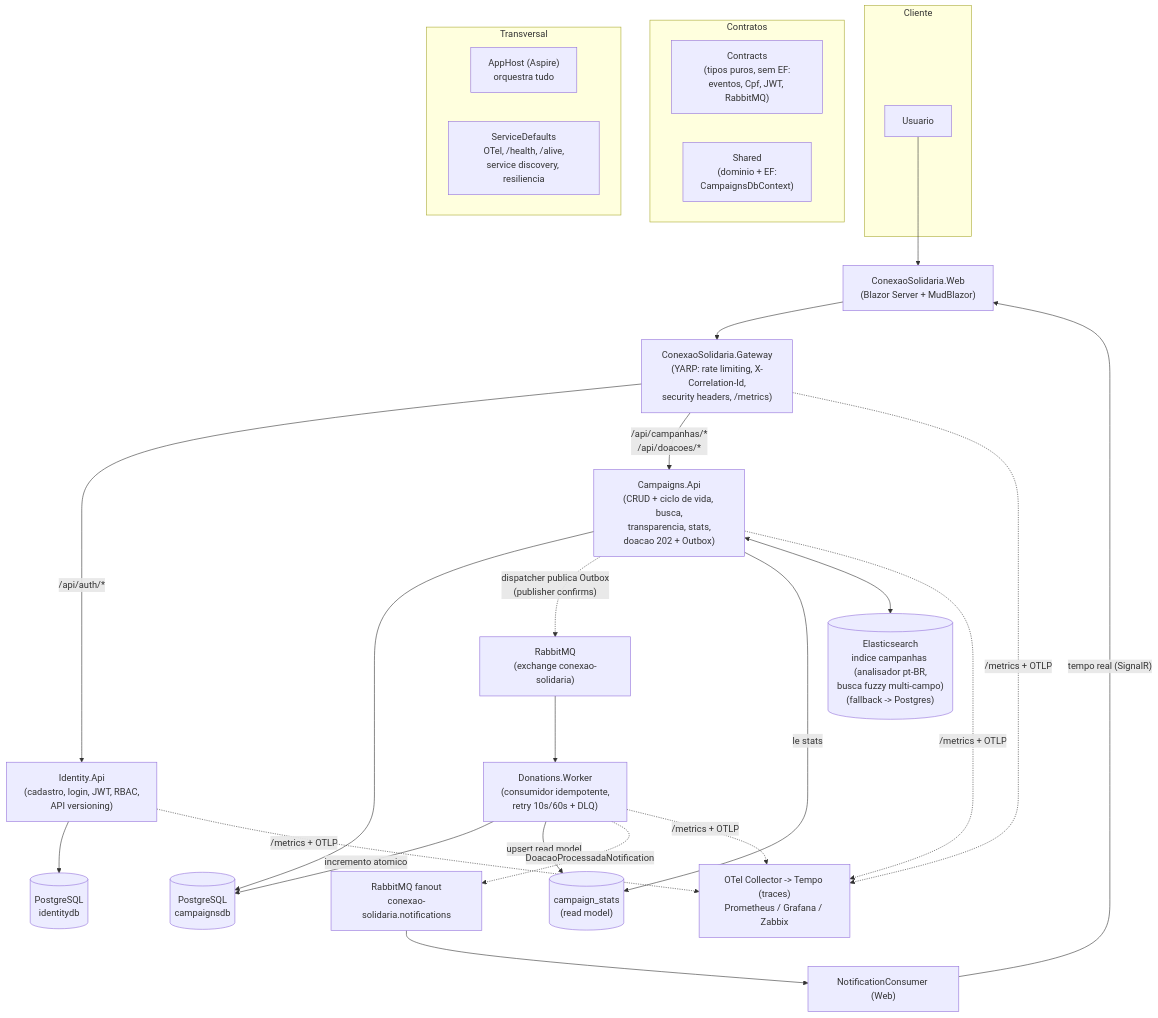
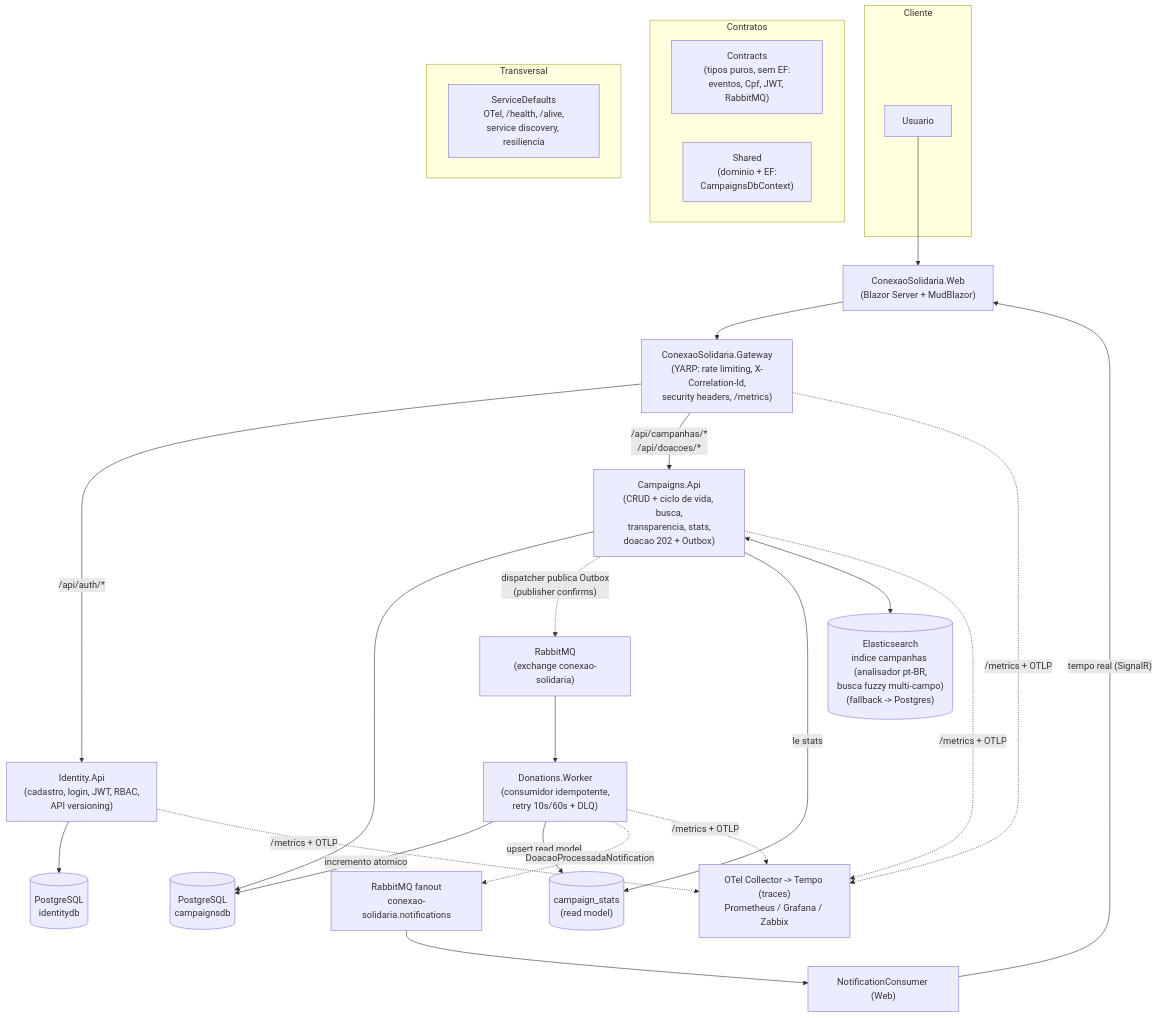
Before and after one commit to fenixdevsreborn/Fase5-POC-Hackathon: the diagram in docs/arquitetura.md, drawn with Mermaid. The commit also changed other lines of this file and 21 other files, not shown here.

First line of the commit message:
Refactor observability documentation and architectural decisions

````diff
--- a/docs/arquitetura.md
+++ b/docs/arquitetura.md
@@ -7,41 +7,40 @@
 ```mermaid
 flowchart TB
     subgraph Cliente
         U["Usuario"]
     end
 
     U --> WEB["ConexaoSolidaria.Web<br/>(Blazor Server + MudBlazor)"]
     WEB --> GW["ConexaoSolidaria.Gateway<br/>(YARP: rate limiting, X-Correlation-Id,<br/>security headers, /metrics)"]
 
     GW -->|"/api/auth/*"| ID["Identity.Api<br/>(cadastro, login, JWT, RBAC,<br/>API versioning)"]
     GW -->|"/api/campanhas/*<br/>/api/doacoes/*"| CAMP["Campaigns.Api<br/>(CRUD + ciclo de vida, busca,<br/>transparencia, stats,<br/>doacao 202 + Outbox)"]
 
     ID --> IDB[("PostgreSQL<br/>identitydb")]
     CAMP --> CDB[("PostgreSQL<br/>campaignsdb")]
 
     CAMP -. "dispatcher publica Outbox<br/>(publisher confirms)" .-> MQ["RabbitMQ<br/>(exchange conexao-solidaria)"]
     MQ --> W["Donations.Worker<br/>(consumidor idempotente,<br/>retry 10s/60s + DLQ)"]
     W -->|"incremento atomico"| CDB
     W -->|"upsert read model"| RM[("campaign_stats<br/>(read model)")]
     W -. "DoacaoProcessadaNotification" .-> NX["RabbitMQ fanout<br/>conexao-solidaria.notifications"]
     NX --> NC["NotificationConsumer (Web)"]
     NC -->|"tempo real (SignalR)"| WEB
     CAMP -->|"le stats"| RM
 
     CAMP <--> ES[("Elasticsearch<br/>indice campanhas (analisador pt-BR,<br/>busca fuzzy multi-campo)<br/>(fallback -> Postgres)")]
 
     subgraph Contratos
         CT["Contracts<br/>(tipos puros, sem EF:<br/>eventos, Cpf, JWT, RabbitMQ)"]
         SH["Shared<br/>(dominio + EF:<br/>CampaignsDbContext)"]
     end
 
     subgraph Transversal
-        AH["AppHost (Aspire)<br/>orquestra tudo"]
         SD["ServiceDefaults<br/>OTel, /health, /alive,<br/>service discovery, resiliencia"]
     end
 
     ID -. "/metrics + OTLP" .-> OBS["OTel Collector -> Tempo (traces)<br/>Prometheus / Grafana / Zabbix"]
     CAMP -. "/metrics + OTLP" .-> OBS
     W -. "/metrics + OTLP" .-> OBS
     GW -. "/metrics + OTLP" .-> OBS
 ```
````
